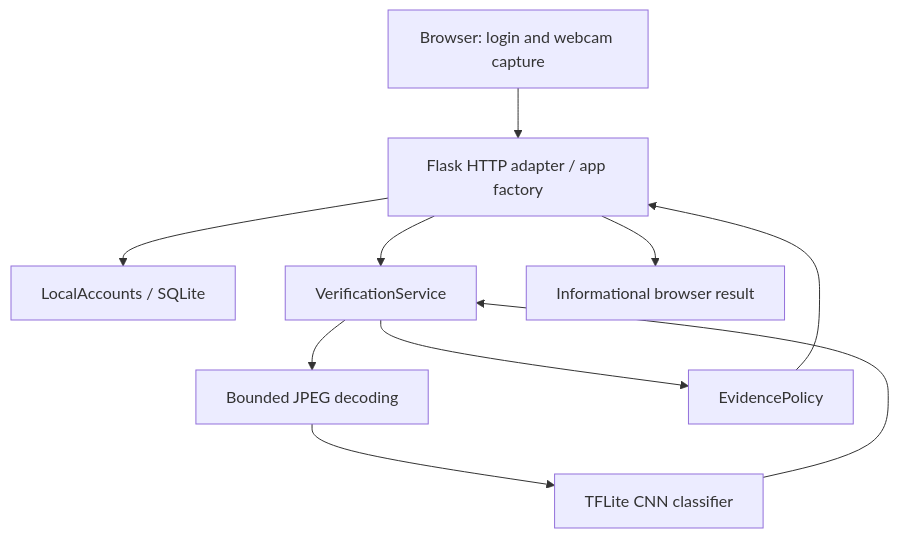
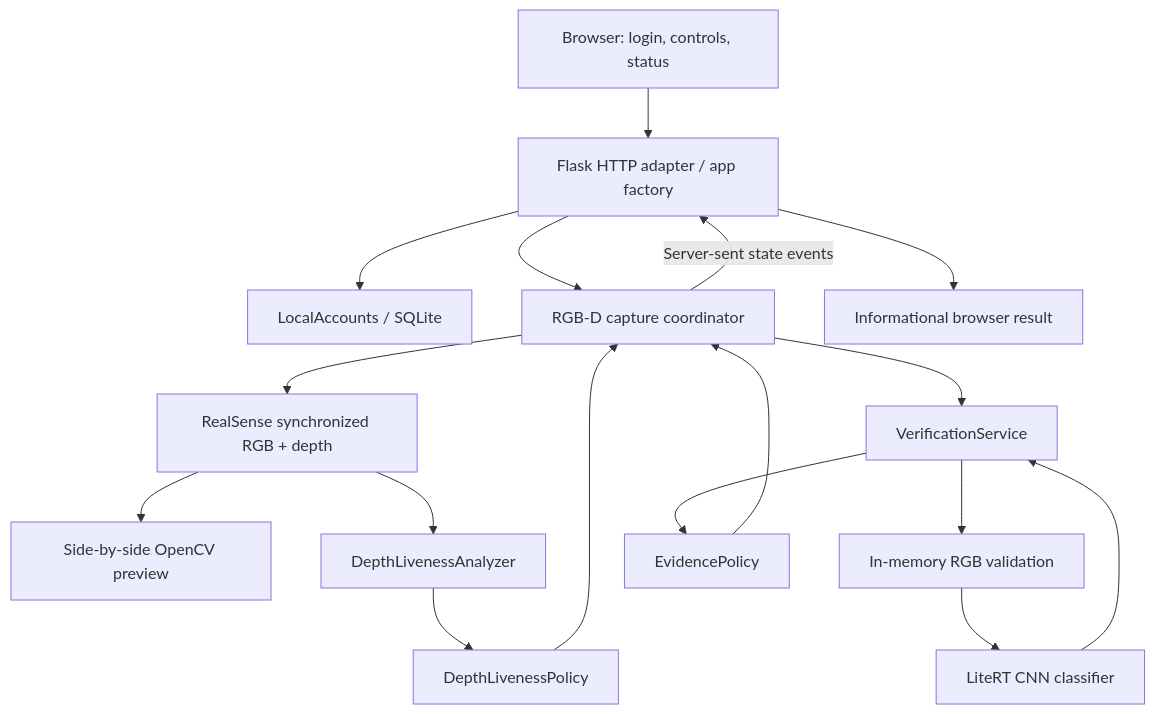
One commit to mikesimms345/zta_project changed the first of 2 diagrams in docs/SYSTEM_DESIGN_AND_EXTENSION_GUIDE.md. Above: the diagram before and after it, drawn with Mermaid. The commit also changed other lines of this file and 30 other files, not shown here.

First line of the commit message:
Moved frame processing to client-side, added Liveness Detection

````diff
--- a/docs/SYSTEM_DESIGN_AND_EXTENSION_GUIDE.md
+++ b/docs/SYSTEM_DESIGN_AND_EXTENSION_GUIDE.md
@@ -58,12 +61,19 @@
 ```mermaid
 flowchart TD
-    Browser[Browser: login and webcam capture] --> Web[Flask HTTP adapter / app factory]
+    Browser[Browser: login, controls, status] --> Web[Flask HTTP adapter / app factory]
     Web --> Accounts[LocalAccounts / SQLite]
-    Web --> Service[VerificationService]
-    Service --> Decoder[Bounded JPEG decoding]
-    Decoder --> CNN[TFLite CNN classifier]
+    Web --> Camera[RGB-D capture coordinator]
+    Camera --> Source[RealSense synchronized RGB + depth]
+    Source --> Preview[Side-by-side OpenCV preview]
+    Camera --> Service[VerificationService]
+    Source --> Live[DepthLivenessAnalyzer]
+    Live --> LivePolicy[DepthLivenessPolicy]
+    LivePolicy --> Camera
+    Service --> Validator[In-memory RGB validation]
+    Validator --> CNN[LiteRT CNN classifier]
     CNN --> Service
     Service --> Policy[EvidencePolicy]
-    Policy --> Web
+    Policy --> Camera
+    Camera -->|Server-sent state events| Web
     Web --> Result[Informational browser result]
 ```
````
